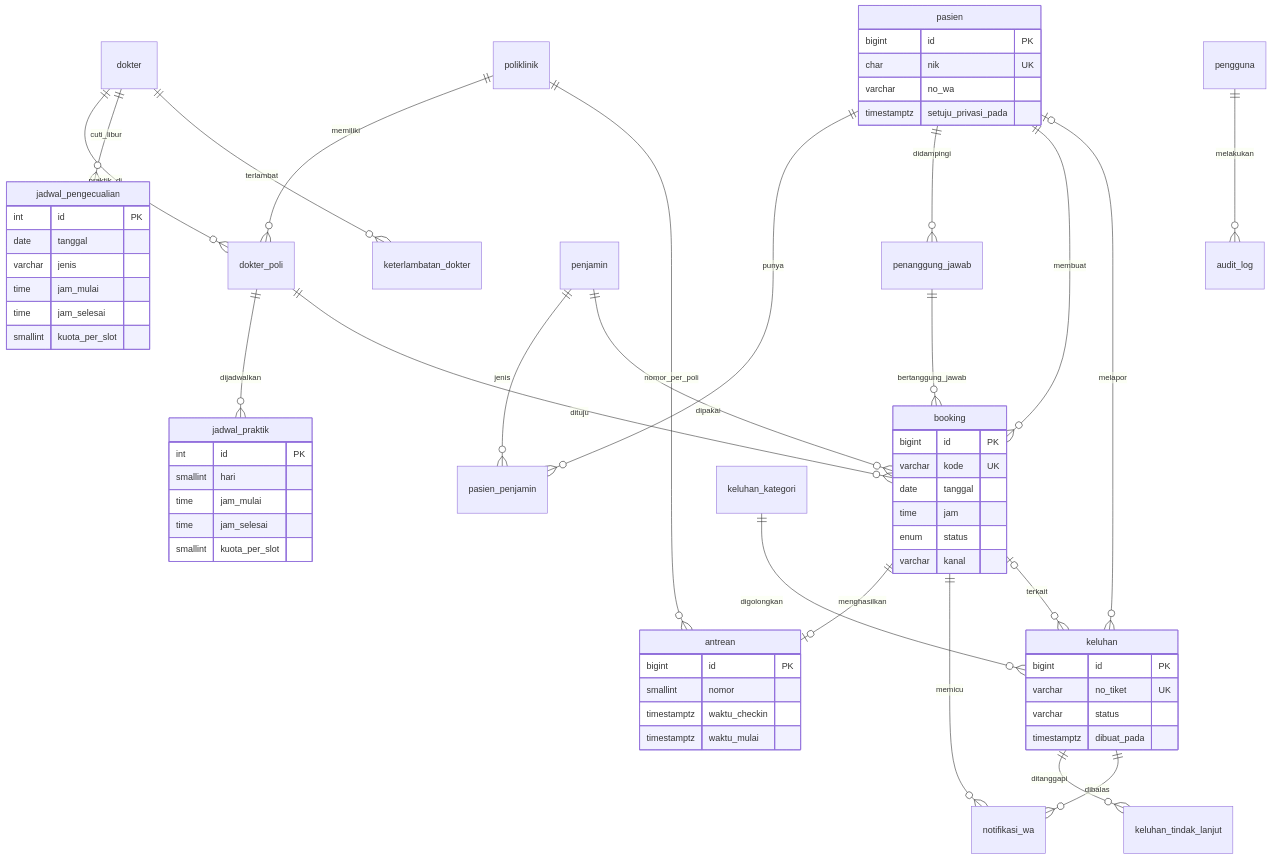
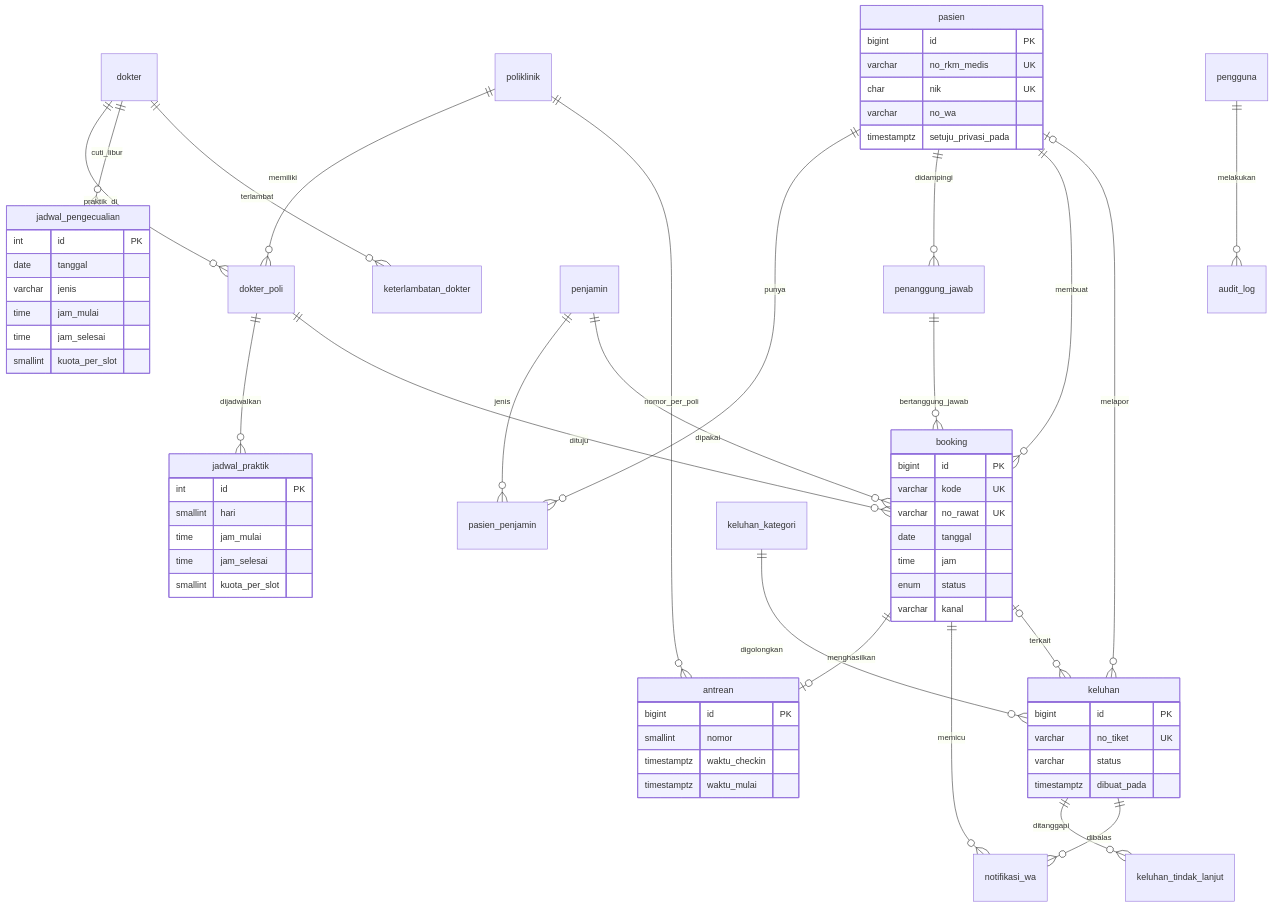
Before and after one commit to RadityaWDM/RSIA-Pasturi-Bogor: the diagram in database/ERD.md, drawn with Mermaid. The commit also changed other lines of this file and 4 other files, not shown here.

````diff
--- a/database/ERD.md
+++ b/database/ERD.md
@@ -5,53 +5,55 @@
 ```mermaid
 erDiagram
   poliklinik ||--o{ dokter_poli : memiliki
   dokter ||--o{ dokter_poli : praktik_di
   dokter_poli ||--o{ jadwal_praktik : dijadwalkan
   dokter ||--o{ jadwal_pengecualian : cuti_libur
   dokter ||--o{ keterlambatan_dokter : terlambat
   pasien ||--o{ pasien_penjamin : punya
   penjamin ||--o{ pasien_penjamin : jenis
   pasien ||--o{ penanggung_jawab : didampingi
   pasien ||--o{ booking : membuat
   dokter_poli ||--o{ booking : dituju
   penjamin ||--o{ booking : dipakai
   penanggung_jawab ||--o{ booking : bertanggung_jawab
   booking ||--o| antrean : menghasilkan
   poliklinik ||--o{ antrean : nomor_per_poli
   booking ||--o{ notifikasi_wa : memicu
   keluhan_kategori ||--o{ keluhan : digolongkan
   pasien |o--o{ keluhan : melapor
   booking |o--o{ keluhan : terkait
   keluhan ||--o{ keluhan_tindak_lanjut : ditanggapi
   keluhan ||--o{ notifikasi_wa : dibalas
   pengguna ||--o{ audit_log : melakukan
   jadwal_pengecualian { int id PK
     date tanggal
     varchar jenis
     time jam_mulai
     time jam_selesai
     smallint kuota_per_slot }
   booking { bigint id PK
     varchar kode UK
+    varchar no_rawat UK
     date tanggal
     time jam
     enum status
     varchar kanal }
   pasien { bigint id PK
+    varchar no_rkm_medis UK
     char nik UK
     varchar no_wa
     timestamptz setuju_privasi_pada }
   jadwal_praktik { int id PK
     smallint hari
     time jam_mulai
     time jam_selesai
     smallint kuota_per_slot }
   antrean { bigint id PK
     smallint nomor
     timestamptz waktu_checkin
     timestamptz waktu_mulai }
   keluhan { bigint id PK
     varchar no_tiket UK
     varchar status
     timestamptz dibuat_pada }
 ```
````
